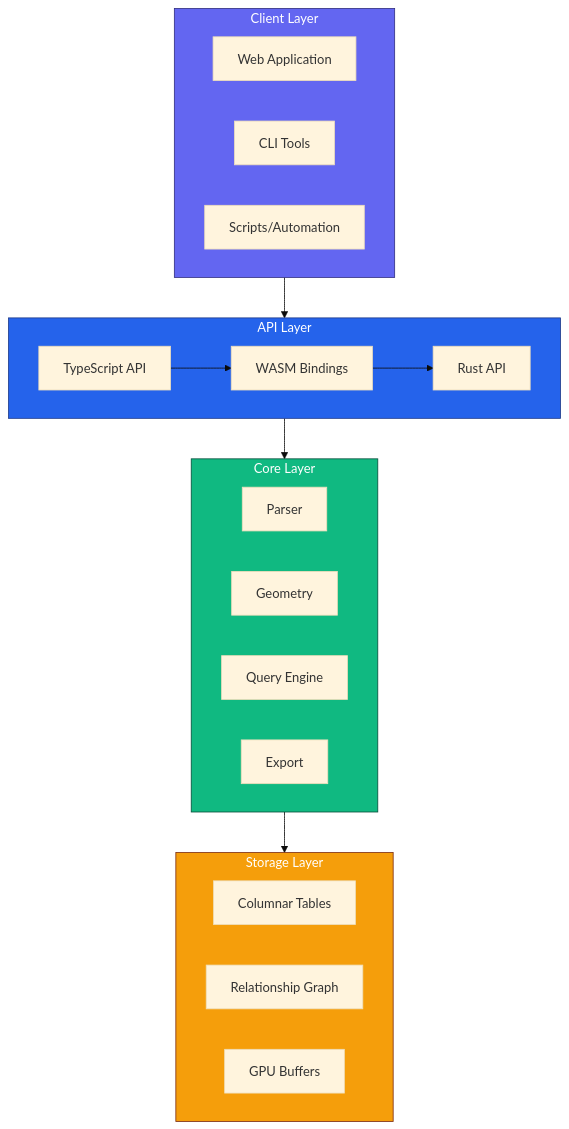
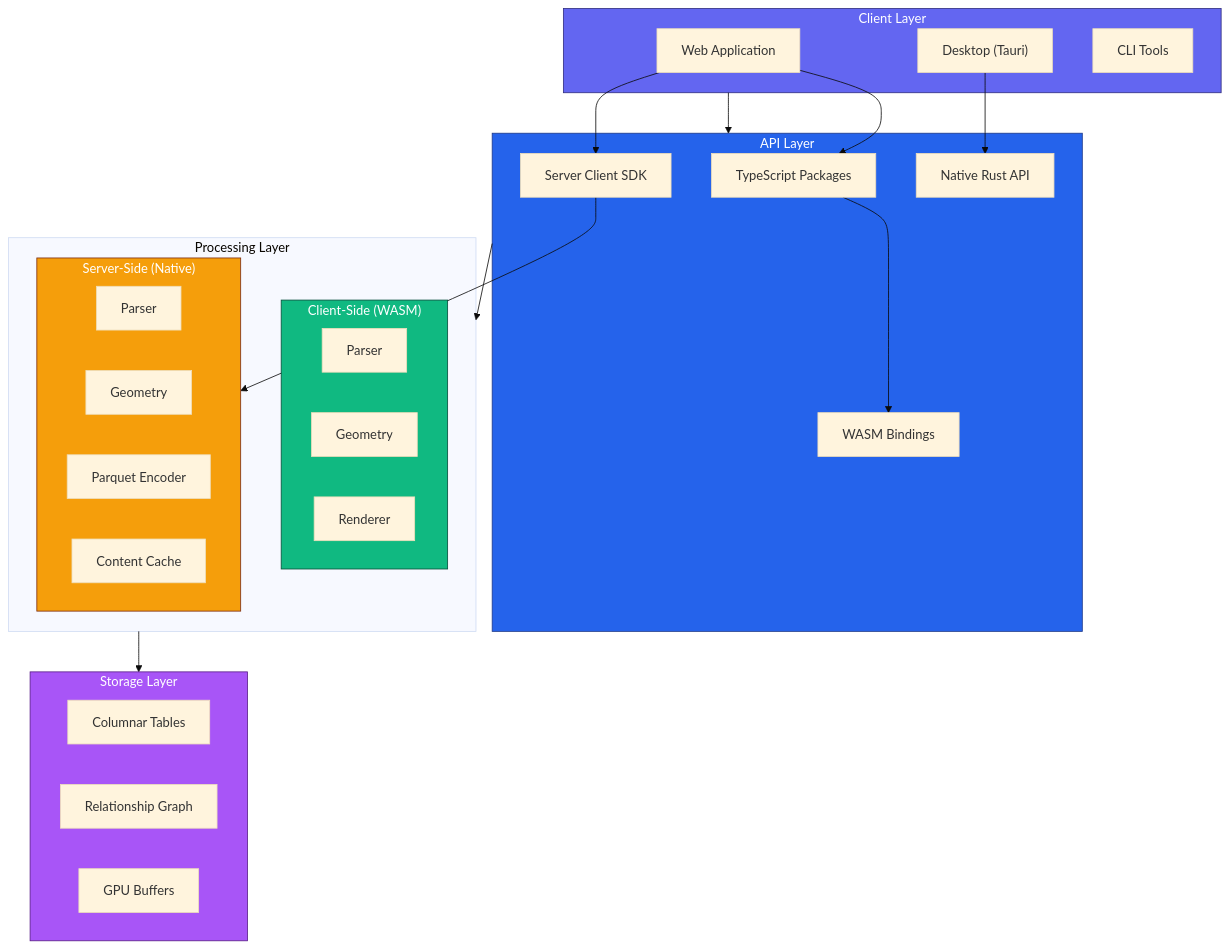
One commit to louistrue/ifc-lite changed the first of 17 diagrams in docs/architecture/overview.md. Above: the diagram before and after it, drawn with Mermaid (base theme). The commit also changed other lines of this file and 7 other files, not shown here.

First line of the commit message:
docs: comprehensive update for server architecture, IFC5 support, and new features

````diff
--- a/docs/architecture/overview.md
+++ b/docs/architecture/overview.md
@@ -7,39 +9,52 @@
 ```mermaid
 flowchart TB
     subgraph Client["Client Layer"]
-        App["Web Application"]
+        Web["Web Application"]
+        Desktop["Desktop (Tauri)"]
         CLI["CLI Tools"]
-        Scripts["Scripts/Automation"]
     end
 
     subgraph API["API Layer"]
-        TSApi["TypeScript API"]
-        RustApi["Rust API"]
+        TSApi["TypeScript Packages"]
+        ServerSDK["Server Client SDK"]
         WasmApi["WASM Bindings"]
+        RustApi["Native Rust API"]
     end
 
-    subgraph Core["Core Layer"]
-        Parser["Parser"]
-        Geometry["Geometry"]
-        Query["Query Engine"]
-        Export["Export"]
+    subgraph Processing["Processing Layer"]
+        subgraph ClientSide["Client-Side (WASM)"]
+            Parser["Parser"]
+            Geometry["Geometry"]
+            Renderer["Renderer"]
+        end
+
+        subgraph ServerSide["Server-Side (Native)"]
+            ServerParser["Parser"]
+            ServerGeo["Geometry"]
+            Parquet["Parquet Encoder"]
+            Cache["Content Cache"]
+        end
     end
 
     subgraph Storage["Storage Layer"]
         Columnar["Columnar Tables"]
         Graph["Relationship Graph"]
-        Buffers["GPU Buffers"]
+        GPU["GPU Buffers"]
     end
 
     Client --> API
-    API --> Core
-    Core --> Storage
+    API --> Processing
+    Processing --> Storage
 
+    Web --> TSApi
+    Web --> ServerSDK
+    Desktop --> RustApi
     TSApi --> WasmApi
-    WasmApi --> RustApi
+    ServerSDK --> ServerSide
 
     style Client fill:#6366f1,stroke:#312e81,color:#fff
     style API fill:#2563eb,stroke:#1e3a8a,color:#fff
-    style Core fill:#10b981,stroke:#064e3b,color:#fff
-    style Storage fill:#f59e0b,stroke:#7c2d12,color:#fff
+    style ClientSide fill:#10b981,stroke:#064e3b,color:#fff
+    style ServerSide fill:#f59e0b,stroke:#7c2d12,color:#fff
+    style Storage fill:#a855f7,stroke:#581c87,color:#fff
 ```
````
